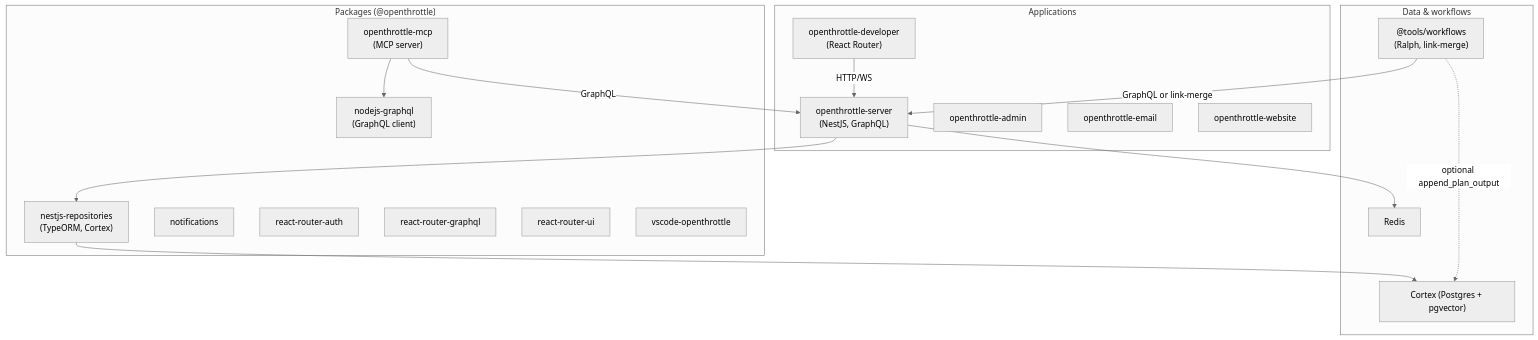
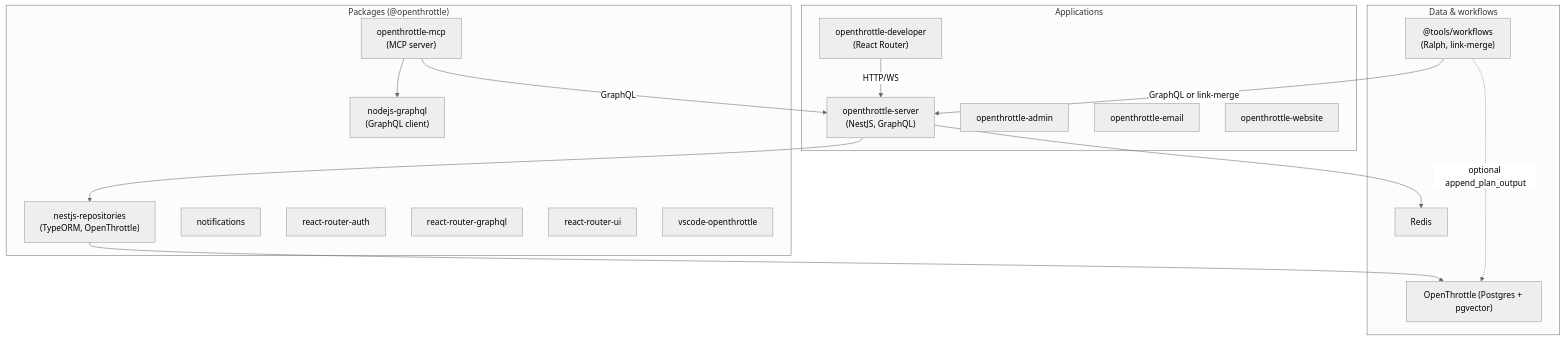
Before and after one commit to OpenThrottle/monorepo: the first of 2 diagrams in docs/openthrottle/monorepo-architecture.md, drawn with Mermaid (neutral theme). The commit also changed other lines of this file and 178 other files, not shown here.

````diff
--- a/docs/openthrottle/monorepo-architecture.md
+++ b/docs/openthrottle/monorepo-architecture.md
@@ -21,36 +21,36 @@
 ```mermaid
 flowchart TB
   subgraph Applications["Applications"]
     Server["openthrottle-server<br/>(NestJS, GraphQL)"]
     Developer["openthrottle-developer<br/>(React Router)"]
     Admin["openthrottle-admin"]
     Email["openthrottle-email"]
     Website["openthrottle-website"]
   end
 
   subgraph Packages["Packages (@openthrottle)"]
     MCP["openthrottle-mcp<br/>(MCP server)"]
     NodeGraphQL["nodejs-graphql<br/>(GraphQL client)"]
-    NestRepos["nestjs-repositories<br/>(TypeORM, Cortex)"]
+    NestRepos["nestjs-repositories<br/>(TypeORM, OpenThrottle)"]
     Notifications["notifications"]
     ReactRouterAuth["react-router-auth"]
     ReactRouterGraphQL["react-router-graphql"]
     ReactRouterUI["react-router-ui"]
     VSCode["vscode-openthrottle"]
   end
 
   subgraph Data["Data & workflows"]
-    Cortex["Cortex (Postgres + pgvector)"]
+    OpenThrottle["OpenThrottle (Postgres + pgvector)"]
     Redis["Redis"]
     Workflows["@tools/workflows<br/>(Ralph, link-merge)"]
   end
 
   Developer -->|HTTP/WS| Server
   MCP -->|GraphQL| Server
   MCP --> NodeGraphQL
   Server --> NestRepos
-  NestRepos --> Cortex
+  NestRepos --> OpenThrottle
   Server --> Redis
   Workflows -->|GraphQL or link-merge| Server
-  Workflows -.->|optional append_plan_output| Cortex
+  Workflows -.->|optional append_plan_output| OpenThrottle
 ```
````
